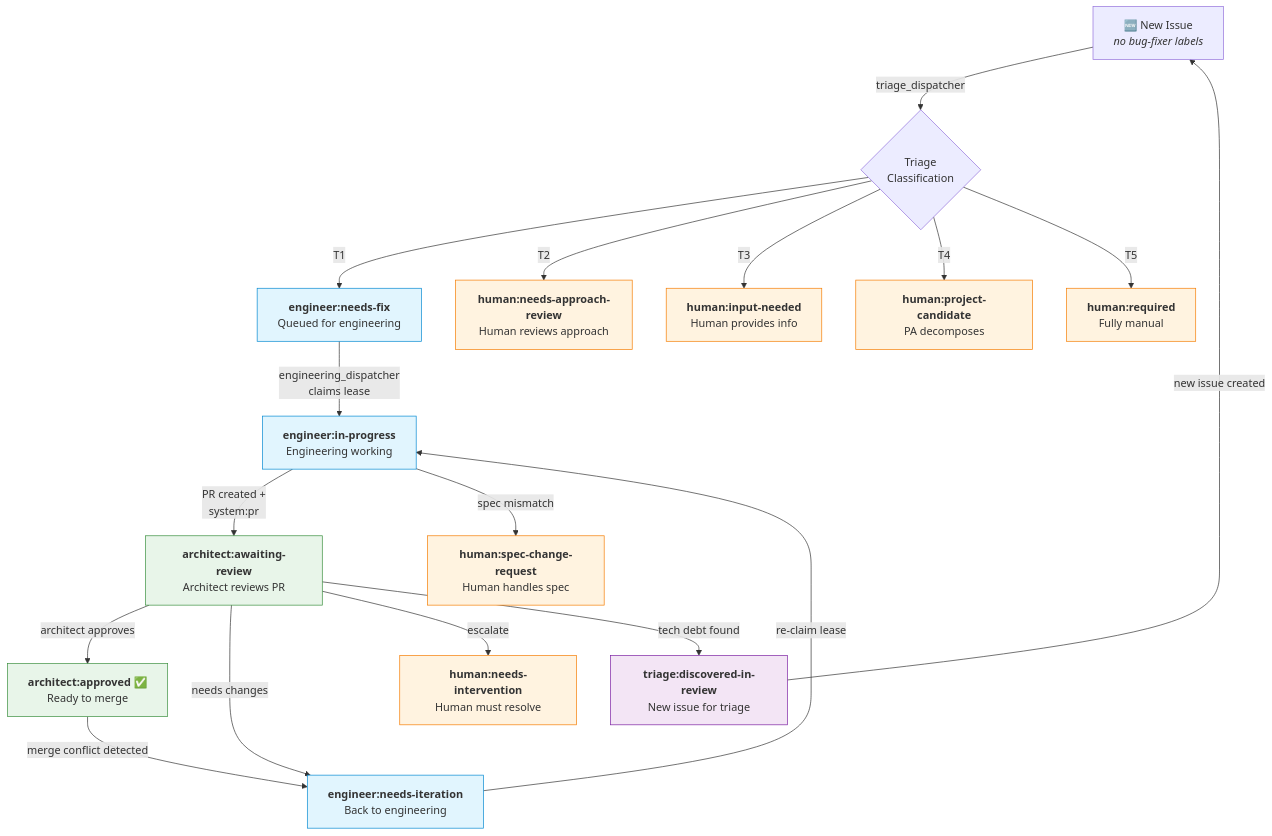
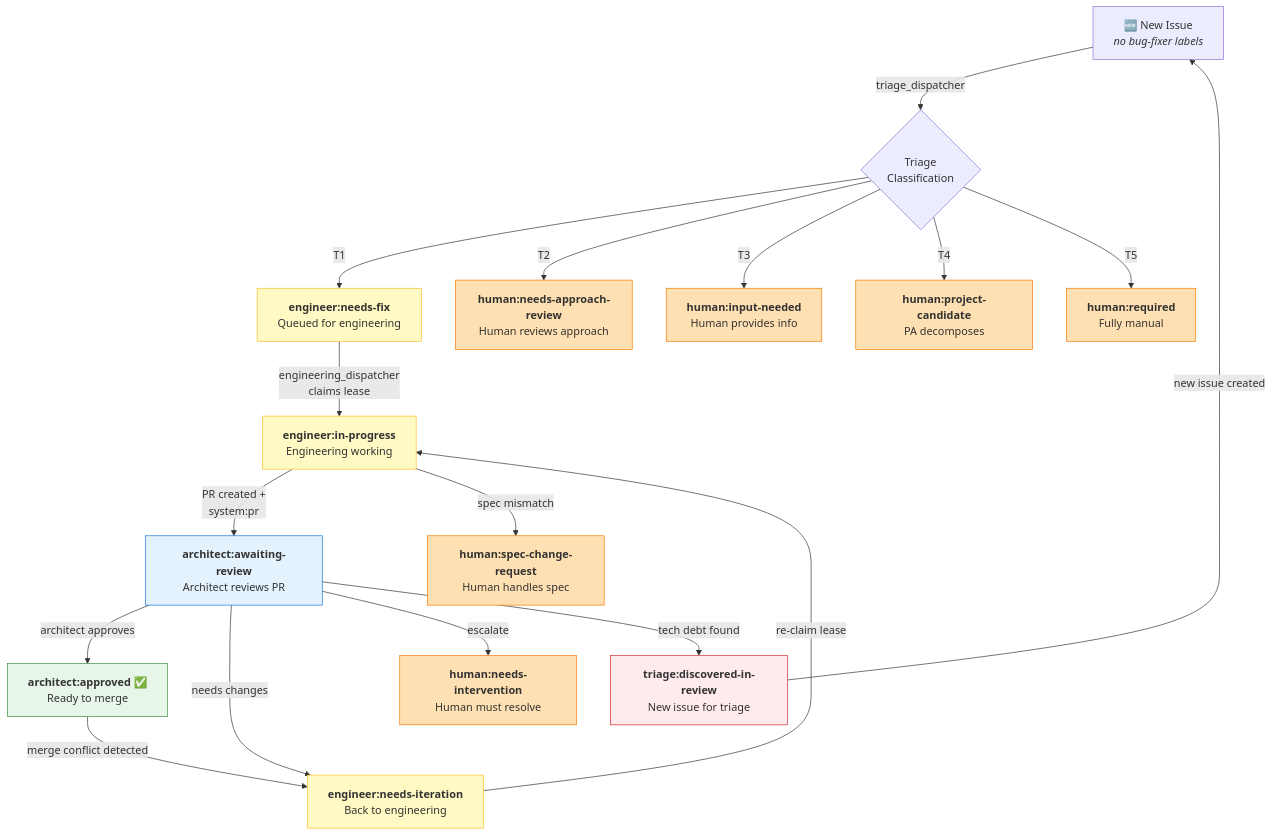
Before and after one commit to matthewmcneill/bug-fixer-loop-plugin: the third of 3 diagrams in docs/label-taxonomy.md, drawn with Mermaid. The commit also changed other lines of this file and 2 other files, not shown here.

Commit message:
[BugFixer] Fix #40: Harmonize label colors by actor prefix

````diff
--- a/docs/label-taxonomy.md
+++ b/docs/label-taxonomy.md
@@ -162,39 +162,39 @@
 ```mermaid
 flowchart TD
     NEW["🆕 New Issue<br/><i>no bug-fixer labels</i>"] -->|triage_dispatcher| CLASSIFY{"Triage<br/>Classification"}
 
     CLASSIFY -->|T1| ENQ["<b>engineer:needs-fix</b><br/>Queued for engineering"]
     CLASSIFY -->|T2| HAR["<b>human:needs-approach-review</b><br/>Human reviews approach"]
     CLASSIFY -->|T3| HIN["<b>human:input-needed</b><br/>Human provides info"]
     CLASSIFY -->|T4| HPC["<b>human:project-candidate</b><br/>PA decomposes"]
     CLASSIFY -->|T5| HRQ["<b>human:required</b><br/>Fully manual"]
 
     ENQ -->|"engineering_dispatcher<br/>claims lease"| EIP["<b>engineer:in-progress</b><br/>Engineering working"]
 
     EIP -->|"PR created +<br/>system:pr"| AAR["<b>architect:awaiting-review</b><br/>Architect reviews PR"]
 
     EIP -->|"spec mismatch"| HSC["<b>human:spec-change-request</b><br/>Human handles spec"]
 
     AAR -->|architect approves| AAP["<b>architect:approved</b> ✅<br/>Ready to merge"]
     AAP -->|"merge conflict detected"| ENI
     AAR -->|needs changes| ENI["<b>engineer:needs-iteration</b><br/>Back to engineering"]
     AAR -->|escalate| HNI["<b>human:needs-intervention</b><br/>Human must resolve"]
     AAR -->|"tech debt found"| TDR["<b>triage:discovered-in-review</b><br/>New issue for triage"]
 
     ENI -->|"re-claim lease"| EIP
 
     TDR -->|"new issue created"| NEW
 
-    style ENQ fill:#e1f5fe,stroke:#0288d1
-    style EIP fill:#e1f5fe,stroke:#0288d1
-    style ENI fill:#e1f5fe,stroke:#0288d1
-    style AAR fill:#e8f5e9,stroke:#388e3c
+    style ENQ fill:#fff9c4,stroke:#fbc02d
+    style EIP fill:#fff9c4,stroke:#fbc02d
+    style ENI fill:#fff9c4,stroke:#fbc02d
+    style AAR fill:#e3f2fd,stroke:#1976d2
     style AAP fill:#e8f5e9,stroke:#388e3c
-    style HAR fill:#fff3e0,stroke:#f57c00
-    style HIN fill:#fff3e0,stroke:#f57c00
-    style HPC fill:#fff3e0,stroke:#f57c00
-    style HRQ fill:#fff3e0,stroke:#f57c00
-    style HNI fill:#fff3e0,stroke:#f57c00
-    style HSC fill:#fff3e0,stroke:#f57c00
-    style TDR fill:#f3e5f5,stroke:#7b1fa2
+    style HAR fill:#ffe0b2,stroke:#f57c00
+    style HIN fill:#ffe0b2,stroke:#f57c00
+    style HPC fill:#ffe0b2,stroke:#f57c00
+    style HRQ fill:#ffe0b2,stroke:#f57c00
+    style HNI fill:#ffe0b2,stroke:#f57c00
+    style HSC fill:#ffe0b2,stroke:#f57c00
+    style TDR fill:#ffebee,stroke:#d32f2f
 ```
````
